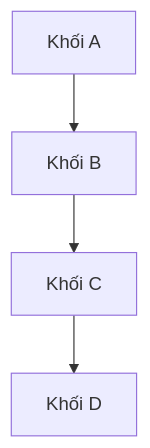
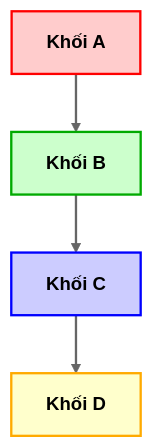
One commit to TanThai91/AiForDev-Mermaid changed the diagram in README.md. Above: the diagram before and after it, drawn with Mermaid.

````diff
--- a/README.md
+++ b/README.md
@@ -2,6 +2,14 @@
 ```mermaid
 graph TD
   A[Khối A] --> B[Khối B]
   B[Khối B] --> C[Khối C]
   C[Khối C] --> D[Khối D]
+
+ style A fill:#ffcccc,stroke:#ff0000,stroke-width:2px,color:#000,font-weight:bold
+  style B fill:#ccffcc,stroke:#00aa00,stroke-width:2px,color:#000,font-weight:bold
+  style C fill:#ccccff,stroke:#0000ff,stroke-width:2px,color:#000,font-weight:bold
+  style D fill:#ffffcc,stroke:#ffaa00,stroke-width:2px,color:#000,font-weight:bold
+
+  linkStyle default stroke:#666,stroke-width:2px
+
 ```
````
